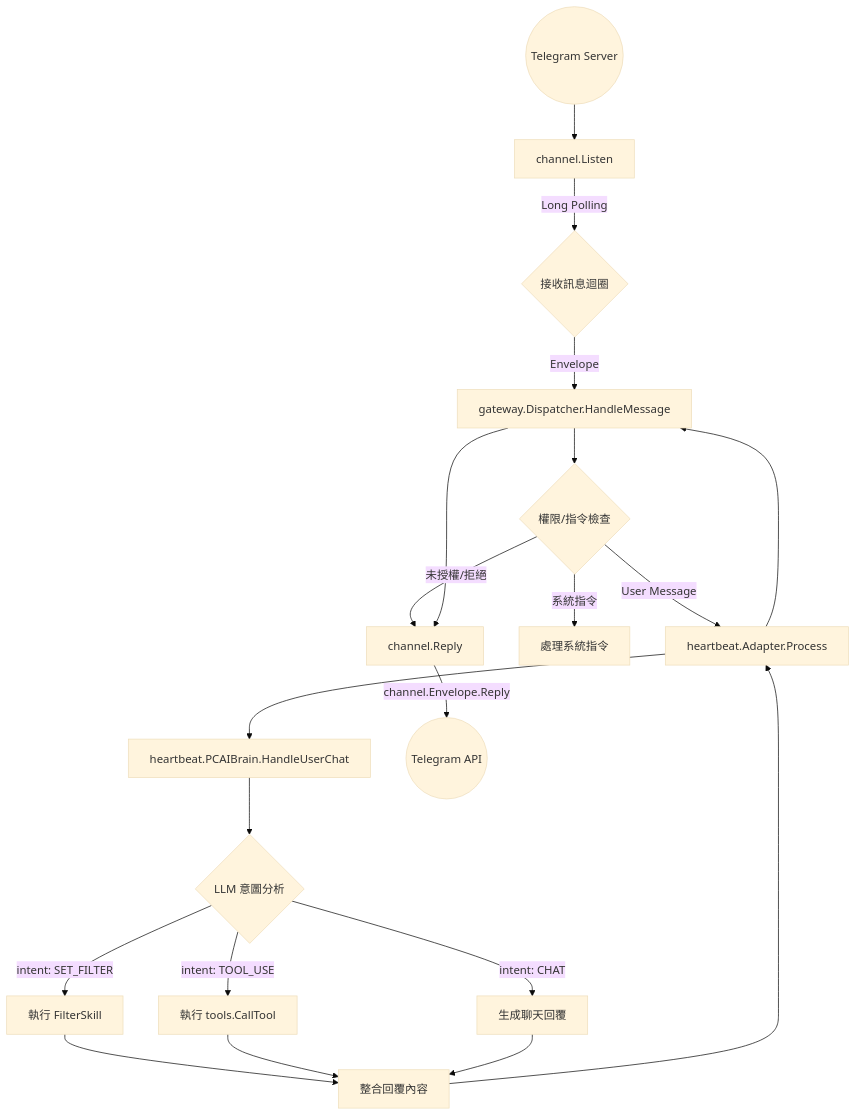
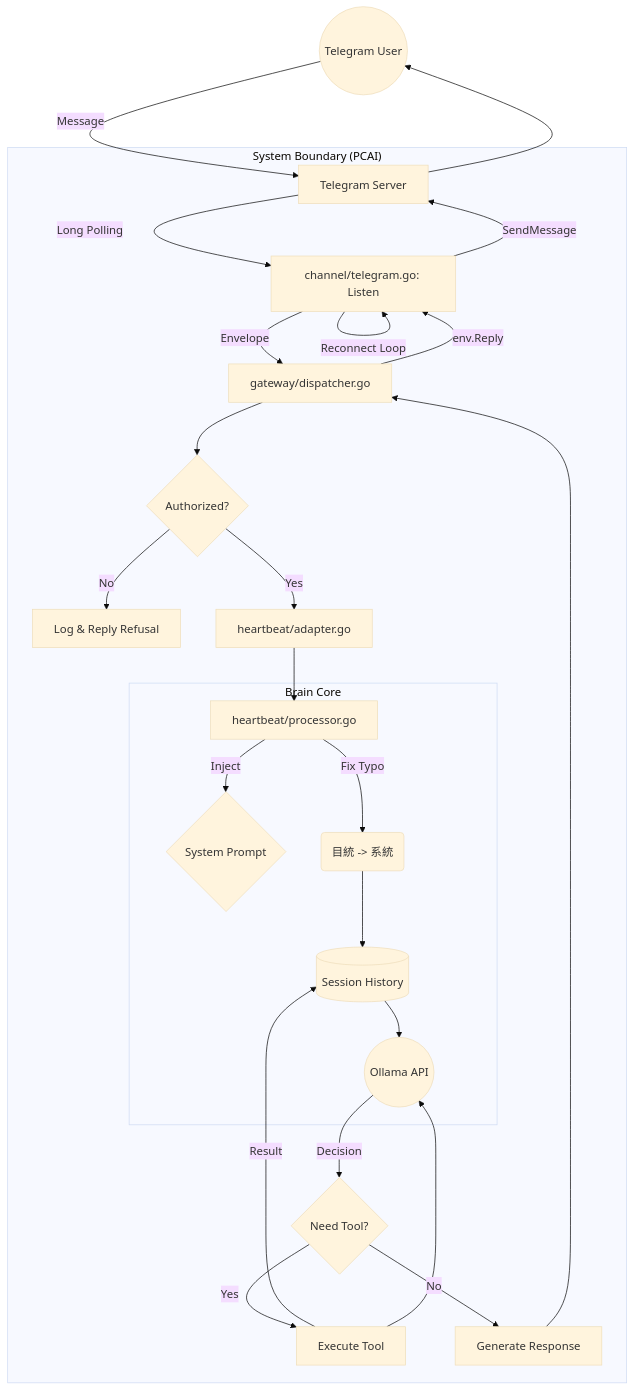
One commit to asccclass/pcai changed the diagram in docs/telegram_flow_analysis.md. Above: the diagram before and after it, drawn with Mermaid (base theme). The commit also changed other lines of this file, not shown here.

````diff
--- a/docs/telegram_flow_analysis.md
+++ b/docs/telegram_flow_analysis.md
@@ -82,29 +64,37 @@
 ```mermaid
 graph TD
-    Start((Telegram Server)) --> Listen[channel.Listen]
-    Listen -->|Long Polling| Loop{接收訊息迴圈}
+    User((Telegram User)) -->|Message| TG_API[Telegram Server]
     
-    Loop -->|Envelope| Dispatcher[gateway.Dispatcher.HandleMessage]
+    subgraph "System Boundary (PCAI)"
+        TG_API -->|Long Polling| Channel[channel/telegram.go: Listen]
+        
+        Channel -->|Reconnect Loop| Channel
+        Channel -->|Envelope| Gateway[gateway/dispatcher.go]
+        
+        Gateway --> Auth{Authorized?}
+        Auth -->|No| Reject[Log & Reply Refusal]
+        
+        Auth -->|Yes| Adapter[heartbeat/adapter.go]
+        Adapter --> Brain[heartbeat/processor.go]
+        
+        subgraph "Brain Core"
+            Brain -->|Inject| SysPrompt{System Prompt}
+            Brain -->|Fix Typo| Sanitize(目統 -> 系統)
+            Sanitize --> History[(Session History)]
+            History --> Ollama((Ollama API))
+        end
+        
+        Ollama -->|Decision| ToolCheck{Need Tool?}
+        
+        ToolCheck -->|Yes| ToolExec[Execute Tool]
+        ToolExec -->|Result| History
+        ToolExec --> Ollama
+        
+        ToolCheck -->|No| FinalResp[Generate Response]
+    end
     
-    Dispatcher --> Auth{權限/指令檢查}
-    Auth -->|未授權/拒絕| Reply(回覆警告訊息)
-    Auth -->|系統指令| SysCmd[處理系統指令]
-    
-    Auth -->|User Message| Adapter[heartbeat.Adapter.Process]
-    Adapter --> Brain[heartbeat.PCAIBrain.HandleUserChat]
-    
-    Brain --> LLM{LLM 意圖分析}
-    
-    LLM -->|intent: SET_FILTER| Skill[執行 FilterSkill]
-    LLM -->|intent: TOOL_USE| Tool[執行 tools.CallTool]
-    LLM -->|intent: CHAT| Chat[生成聊天回覆]
-    
-    Skill --> Result[整合回覆內容]
-    Tool --> Result
-    Chat --> Result
-    
-    Result --> Adapter
-    Adapter --> Dispatcher
-    Dispatcher --> Reply[channel.Reply]
-    Reply -->|channel.Envelope.Reply| TG_API((Telegram API))
+    FinalResp --> Gateway
+    Gateway -->|env.Reply| Channel
+    Channel -->|SendMessage| TG_API
+    TG_API --> User
 ```
````
